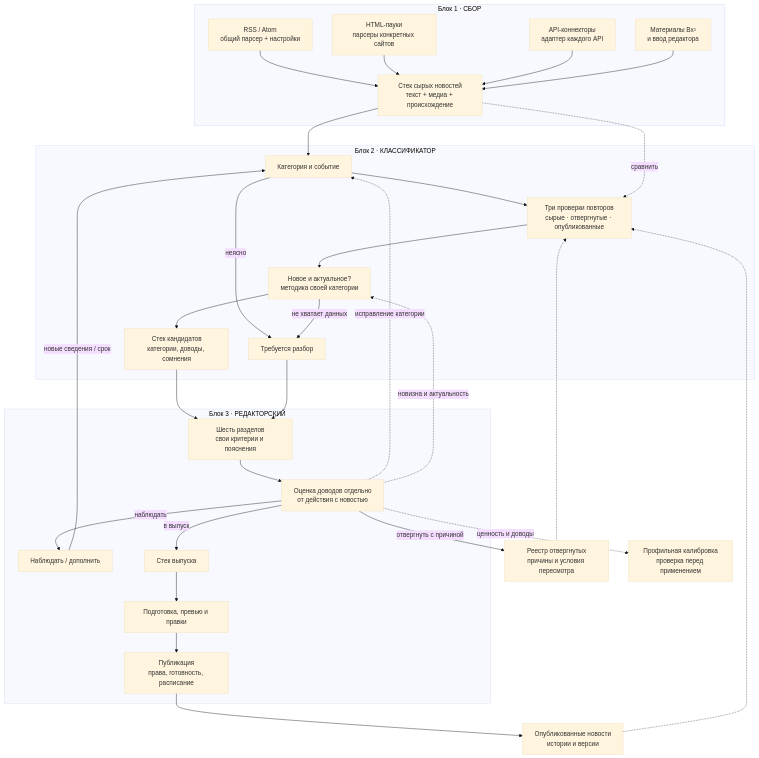
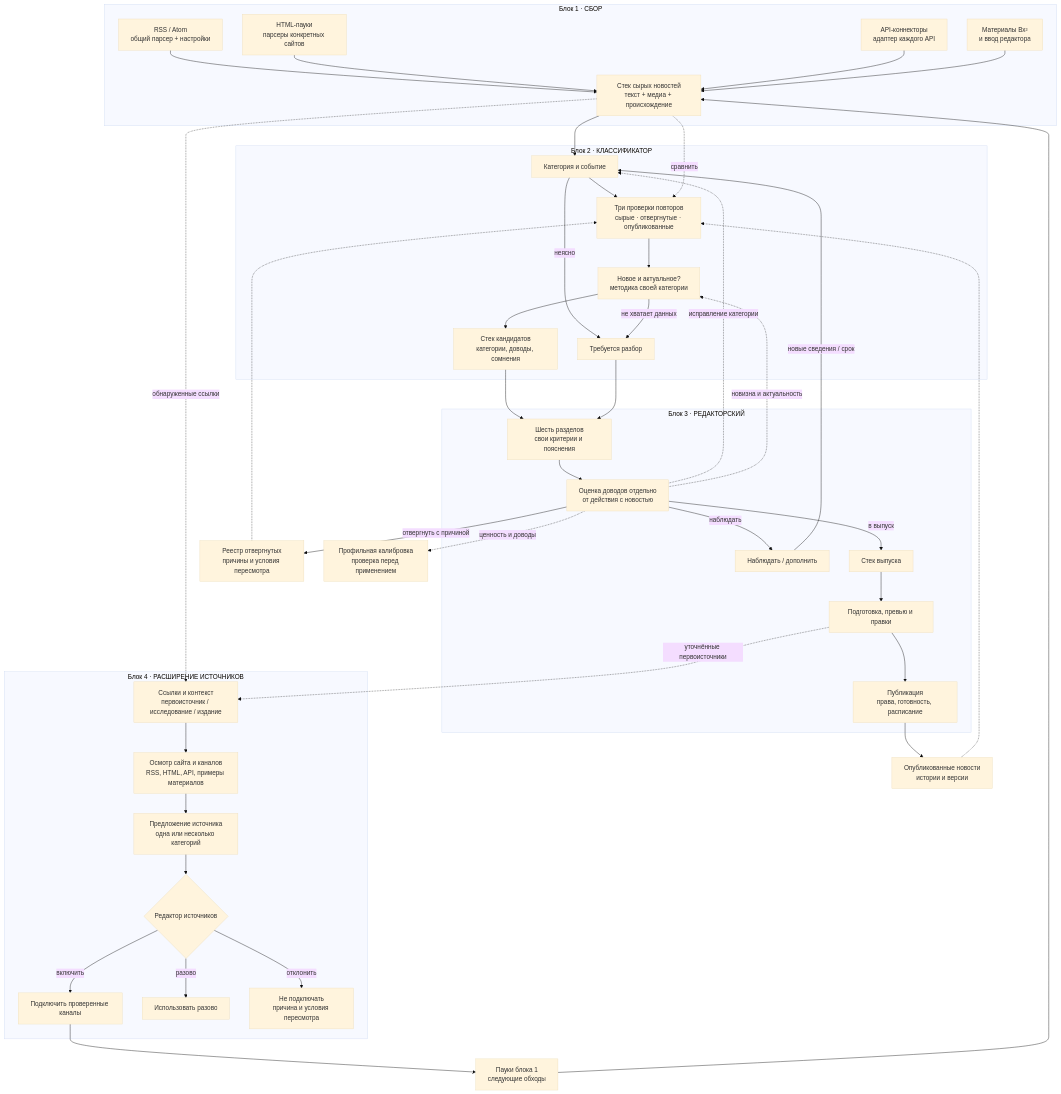
One commit to softom/2vhutemas2 changed the diagram in WIKI/Новости — схема конвейера и план внедрения.md. Above: the diagram before and after it, drawn with Mermaid (base theme). The commit also changed other lines of this file and 2 other files, not shown here.

Commit message:
docs: add source discovery loop and multi-category coverage

````diff
--- a/WIKI/Новости — схема конвейера и план внедрения.md
+++ b/WIKI/Новости — схема конвейера и план внедрения.md
@@ -15,43 +15,61 @@
 ```mermaid
 flowchart TD
     subgraph B1["Блок 1 · СБОР"]
         R["RSS / Atom<br/>общий парсер + настройки"] --> RAW
         H["HTML-пауки<br/>парсеры конкретных сайтов"] --> RAW
         A["API-коннекторы<br/>адаптер каждого API"] --> RAW
         S["Материалы Вх²<br/>и ввод редактора"] --> RAW
         RAW["Стек сырых новостей<br/>текст + медиа + происхождение"]
     end
     subgraph B2["Блок 2 · КЛАССИФИКАТОР"]
         K["Категория и событие"]
         D["Три проверки повторов<br/>сырые · отвергнутые · опубликованные"]
         F["Новое и актуальное?<br/>методика своей категории"]
         CAND["Стек кандидатов<br/>категории, доводы, сомнения"]
         REVIEW["Требуется разбор"]
         K --> D --> F --> CAND
         K -->|"неясно"| REVIEW
         F -->|"не хватает данных"| REVIEW
     end
     RAW --> K
     RAW -.->|"сравнить"| D
     REJECT["Реестр отвергнутых<br/>причины и условия пересмотра"] -.-> D
     PUBLIC["Опубликованные новости<br/>истории и версии"] -.-> D
     subgraph B3["Блок 3 · РЕДАКТОРСКИЙ"]
         UI["Шесть разделов<br/>свои критерии и пояснения"]
         J["Оценка доводов отдельно<br/>от действия с новостью"]
         OBS["Наблюдать / дополнить"]
         QUEUE["Стек выпуска"]
         PREP["Подготовка, превью и правки"]
         PUB["Публикация<br/>права, готовность, расписание"]
         UI --> J
         J -->|"в выпуск"| QUEUE --> PREP --> PUB
         J -->|"наблюдать"| OBS
     end
     CAND --> UI
     REVIEW --> UI
     J -->|"отвергнуть с причиной"| REJECT
     OBS -->|"новые сведения / срок"| K
     PUB --> PUBLIC
     J -.->|"исправление категории"| K
     J -.->|"новизна и актуальность"| F
     J -.->|"ценность и доводы"| LEARN["Профильная калибровка<br/>проверка перед применением"]
+
+    subgraph B4["Блок 4 · РАСШИРЕНИЕ ИСТОЧНИКОВ"]
+        LINKS["Ссылки и контекст<br/>первоисточник / исследование / издание"]
+        PROBE["Осмотр сайта и каналов<br/>RSS, HTML, API, примеры материалов"]
+        SUGGEST["Предложение источника<br/>одна или несколько категорий"]
+        DECIDE{"Редактор источников"}
+        ENABLE["Подключить проверенные каналы"]
+        ONCE["Использовать разово"]
+        DECLINE["Не подключать<br/>причина и условия пересмотра"]
+        LINKS --> PROBE --> SUGGEST --> DECIDE
+        DECIDE -->|"включить"| ENABLE
+        DECIDE -->|"разово"| ONCE
+        DECIDE -->|"отклонить"| DECLINE
+    end
+    RAW -.->|"обнаруженные ссылки"| LINKS
+    PREP -.->|"уточнённые первоисточники"| LINKS
+    ENABLE --> NEXT["Пауки блока 1<br/>следующие обходы"]
+    NEXT --> RAW
 ```
````
